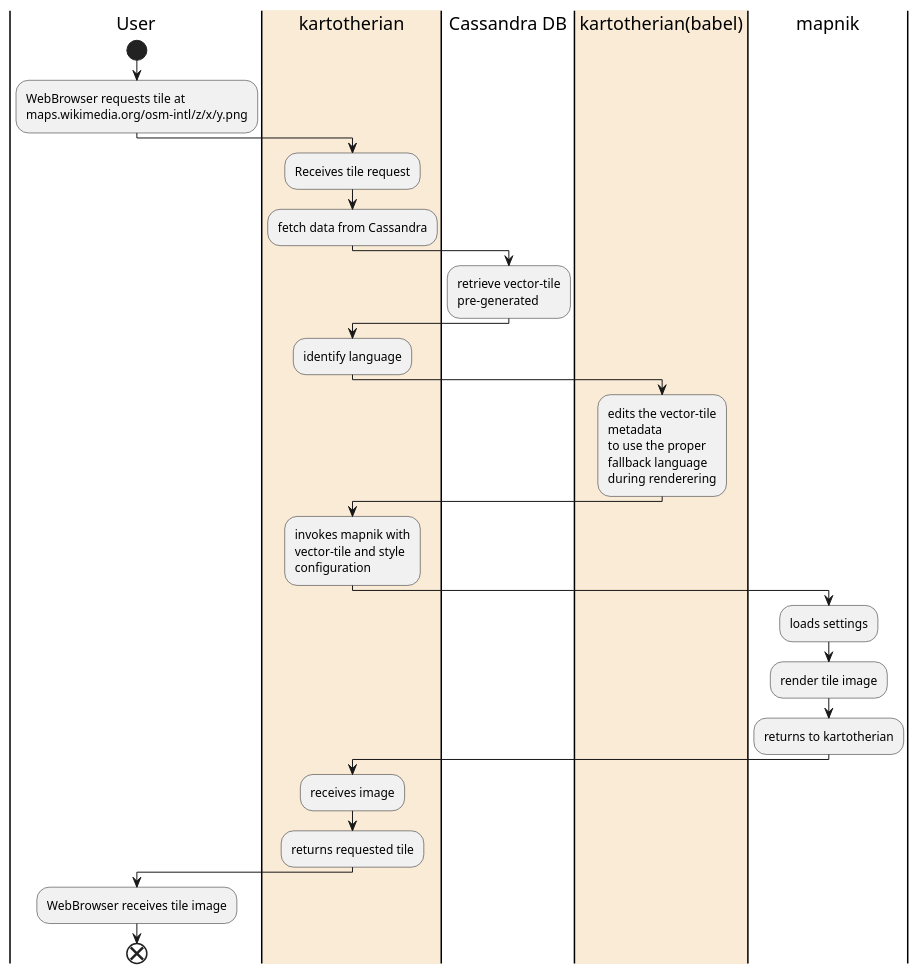
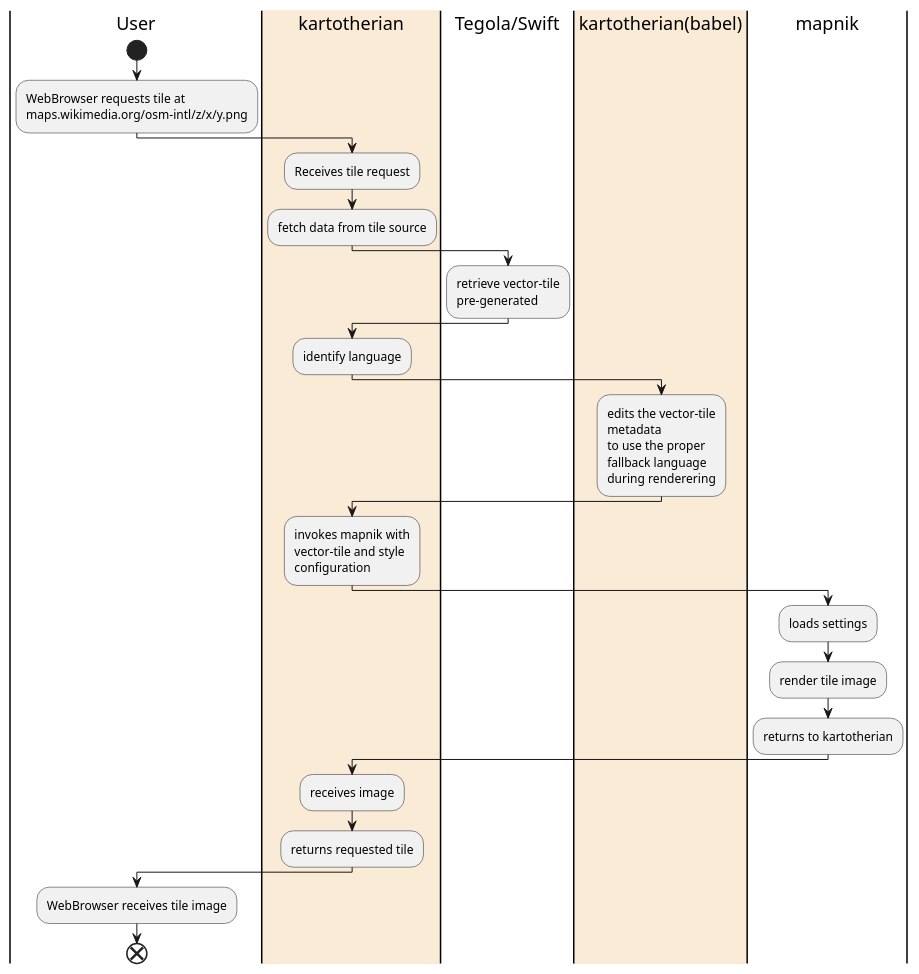
One commit to wikimedia/mediawiki-services-kartotherian changed the diagram in docs/diagrams/tileRequestDataFlow.puml. Above: the diagram before and after it, drawn with PlantUML. The commit also changed 14 other files, not shown here.

```diff
--- a/docs/diagrams/tileRequestDataFlow.puml
+++ b/docs/diagrams/tileRequestDataFlow.puml
@@ -1,34 +1,34 @@
 @startuml
 |User|
 start
 :WebBrowser requests tile at
 maps.wikimedia.org/osm-intl/z/x/y.png;
 |#AntiqueWhite|kartotherian|
 :Receives tile request;
-:fetch data from Cassandra;
-|Cassandra DB|
+:fetch data from tile source;
+|Tegola/Swift|
 :retrieve vector-tile
 pre-generated;
 |kartotherian|
 :identify language;
 |#AntiqueWhite|kartotherian(babel)|
 :edits the vector-tile
 metadata
 to use the proper
 fallback language
 during renderering;
 |kartotherian|
 :invokes mapnik with
 vector-tile and style
 configuration;
 |mapnik|
 :loads settings;
 :render tile image;
 :returns to kartotherian;
 |kartotherian|
 :receives image;
 :returns requested tile;
 |User|
 :WebBrowser receives tile image;
 end
 @enduml
```
